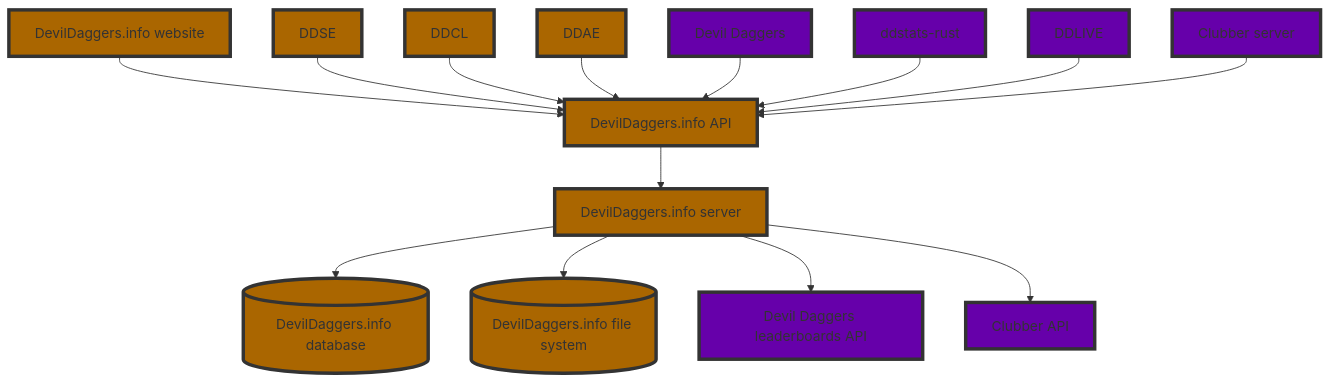
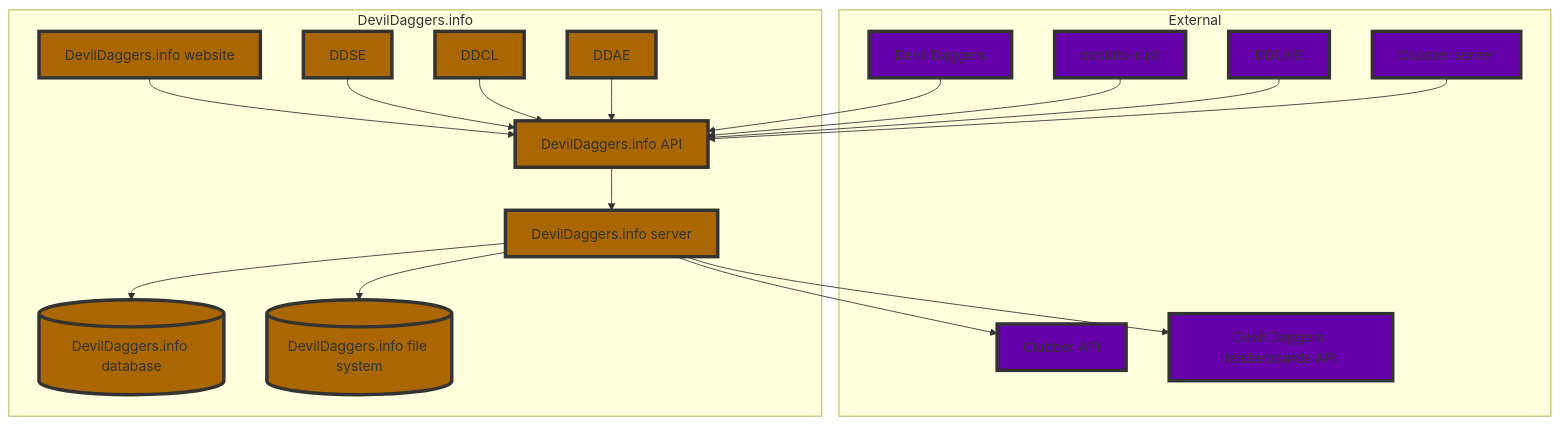
The second of 2 diagrams in docs/architecture.md (NoahStolk/ddinfo-web), drawn with Mermaid before and after one commit. The commit also changed other lines of this file, not shown here.

````diff
--- a/docs/architecture.md
+++ b/docs/architecture.md
@@ -114,40 +107,52 @@
 ```mermaid
 flowchart TD;
-
     database[(DevilDaggers.info database)]
     filesystem[(DevilDaggers.info file system)]
     server[DevilDaggers.info server]
     api[DevilDaggers.info API]
 	devildaggersinfo[DevilDaggers.info website]
     devildaggers[Devil Daggers]
     ddse[DDSE]
     ddcl[DDCL]
     ddae[DDAE]
     ddstatsrust[ddstats-rust]
     ddlive[DDLIVE]
     clubberserver[Clubber server]
     clubberapi[Clubber API]
 	devildaggersleaderboards[Devil Daggers leaderboards API]
 	
 	class database,filesystem,server,api,devildaggersinfo,ddse,ddcl,ddae ddinfo;
 	class devildaggers,ddstatsrust,ddlive,clubberserver,clubberapi,devildaggersleaderboards external;
 
     classDef ddinfo fill:#a60,stroke:#333,stroke-width:4px;
     classDef external fill:#60a,stroke:#333,stroke-width:4px;
 	
-	server --> database
-	server --> filesystem
-	server --> devildaggersleaderboards
-	server --> clubberapi
+    subgraph External
+        devildaggers
+        ddstatsrust
+        ddlive
+        clubberserver
+        clubberapi
+        devildaggersleaderboards
+    end
 
-	api --> server
+    devildaggers --> api
+    ddstatsrust --> api
+    ddlive --> api
+    clubberserver --> api
 
-	devildaggersinfo --> api
-	ddse --> api
-	ddcl --> api
-	ddae --> api
-	devildaggers --> api
-	ddstatsrust --> api
-	ddlive --> api
-	clubberserver --> api
+    server --> devildaggersleaderboards
+    server --> clubberapi
+    
+    subgraph DevilDaggers.info
+        server --> database
+        server --> filesystem
+
+        api --> server
+
+        devildaggersinfo --> api
+        ddse --> api
+        ddcl --> api
+        ddae --> api
+    end
 ```
````
